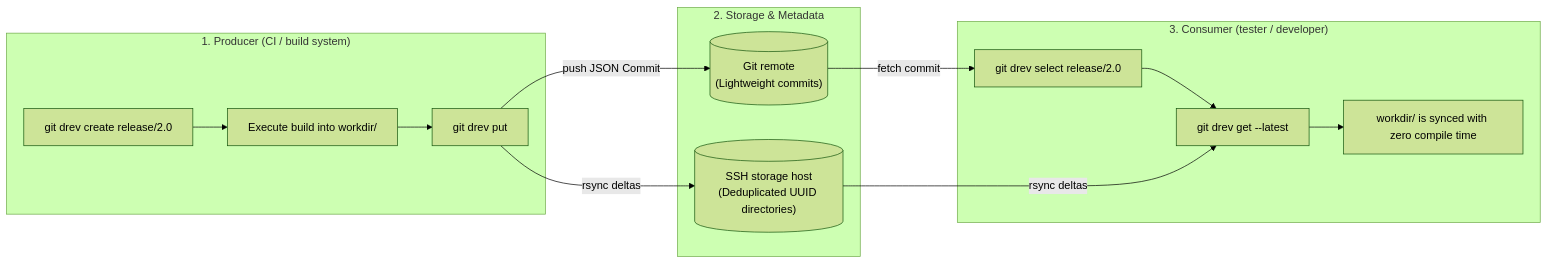
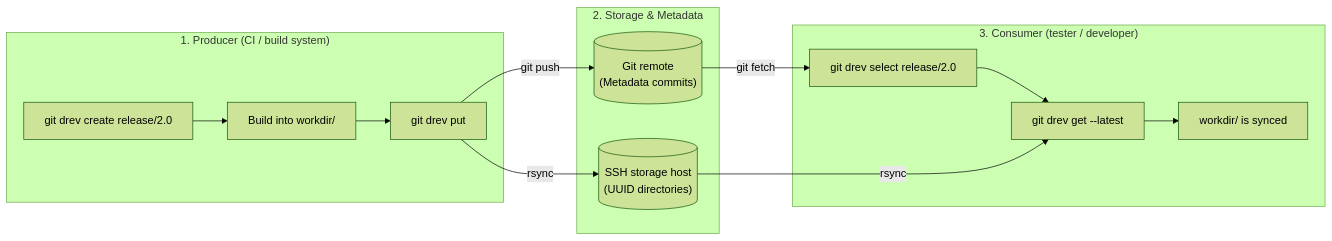
One commit to bvarnai/git-drev changed the diagram in README.md. Above: the diagram before and after it, drawn with Mermaid (forest theme). The commit also changed other lines of this file and 2 other files, not shown here.

Commit message:
docs: simplify Why git-drev and Producer/Consumer tone

````diff
--- a/README.md
+++ b/README.md
@@ -56,22 +55,22 @@
 ```mermaid
 flowchart LR
     subgraph Producer["1. Producer (CI / build system)"]
-        P1["git drev create release/2.0"] --> P2["Execute build into workdir/"]
+        P1["git drev create release/2.0"] --> P2["Build into workdir/"]
         P2 --> P3["git drev put"]
     end
 
     subgraph Infrastructure["2. Storage & Metadata"]
-        GitRemote[("Git remote<br/>(Lightweight commits)")]
-        StorageHost[("SSH storage host<br/>(Deduplicated UUID directories)")]
+        GitRemote[("Git remote<br/>(Metadata commits)")]
+        StorageHost[("SSH storage host<br/>(UUID directories)")]
     end
 
     subgraph Consumer["3. Consumer (tester / developer)"]
         C1["git drev select release/2.0"] --> C2["git drev get --latest"]
-        C2 --> C3["workdir/ is synced with zero compile time"]
+        C2 --> C3["workdir/ is synced"]
     end
 
-    P3 -->|"push JSON Commit"| GitRemote
-    P3 -->|"rsync deltas"| StorageHost
-    GitRemote -->|"fetch commit"| C1
-    StorageHost -->|"rsync deltas"| C2
+    P3 -->|"git push"| GitRemote
+    P3 -->|"rsync"| StorageHost
+    GitRemote -->|"git fetch"| C1
+    StorageHost -->|"rsync"| C2
 ```
````
